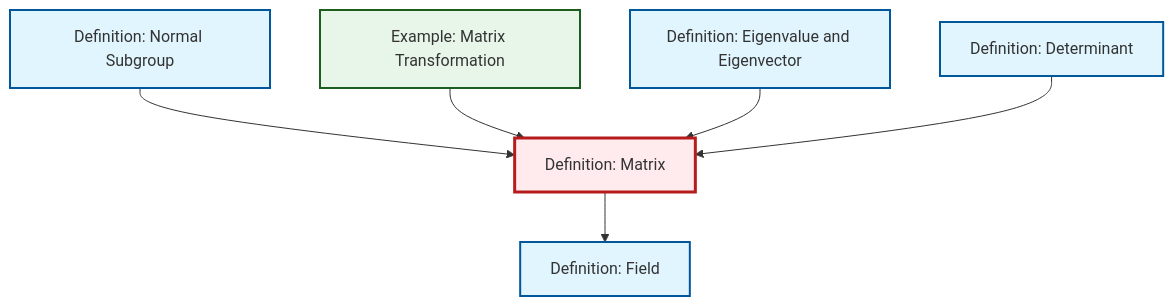
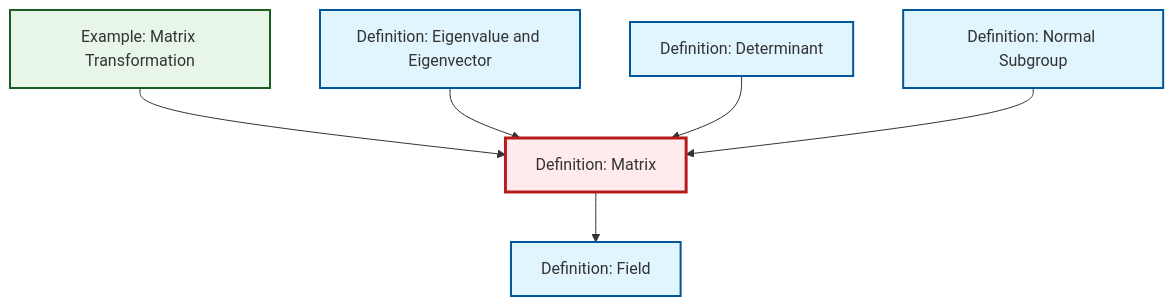
Before and after one commit to RK0429/ModernMath: the diagram in content/en/algebra/def-matrix.qmd, drawn with Mermaid. The commit also changed other lines of this file and 554 other files, not shown here.

````diff
--- a/content/en/algebra/def-matrix.qmd
+++ b/content/en/algebra/def-matrix.qmd
@@ -59,26 +59,26 @@
 ```{mermaid}
 %%| fig-cap: "Local dependency graph"
 graph TD
     classDef definition fill:#e1f5fe,stroke:#01579b,stroke-width:2px
     classDef theorem fill:#f3e5f5,stroke:#4a148c,stroke-width:2px
     classDef axiom fill:#fff3e0,stroke:#e65100,stroke-width:2px
     classDef example fill:#e8f5e9,stroke:#1b5e20,stroke-width:2px
     classDef current fill:#ffebee,stroke:#b71c1c,stroke-width:3px
     def-field["Definition: Field"]:::definition
+    def-matrix["Definition: Matrix"]:::definition
+    def-normal-subgroup["Definition: Normal Subgroup"]:::definition
+    ex-matrix-transformation["Example: Matrix Transformation"]:::example
     def-determinant["Definition: Determinant"]:::definition
-    def-normal-subgroup["Definition: Normal Subgroup"]:::definition
     def-eigenvalue-eigenvector["Definition: Eigenvalue and Eigenvector"]:::definition
-    ex-matrix-transformation["Example: Matrix Transformation"]:::example
-    def-matrix["Definition: Matrix"]:::definition
-    def-normal-subgroup --> def-matrix
     def-matrix --> def-field
     ex-matrix-transformation --> def-matrix
     def-eigenvalue-eigenvector --> def-matrix
     def-determinant --> def-matrix
+    def-normal-subgroup --> def-matrix
     class def-matrix current
     click def-field "def-field.html" "Go to Field definition"
+    click def-normal-subgroup "def-normal-subgroup.html" "Go to Normal Subgroup definition"
+    click ex-matrix-transformation "ex-matrix-transformation.html" "Go to Matrix Transformation example"
     click def-determinant "def-determinant.html" "Go to Determinant definition"
-    click def-normal-subgroup "def-normal-subgroup.html" "Go to Normal Subgroup definition"
     click def-eigenvalue-eigenvector "def-eigenvalue-eigenvector.html" "Go to Eigenvalue and Eigenvector definition"
-    click ex-matrix-transformation "ex-matrix-transformation.html" "Go to Matrix Transformation example"
 ```
````
